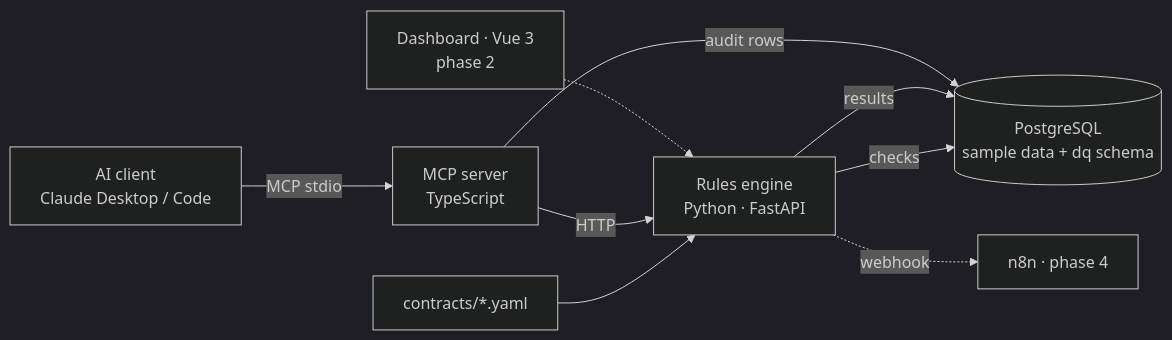
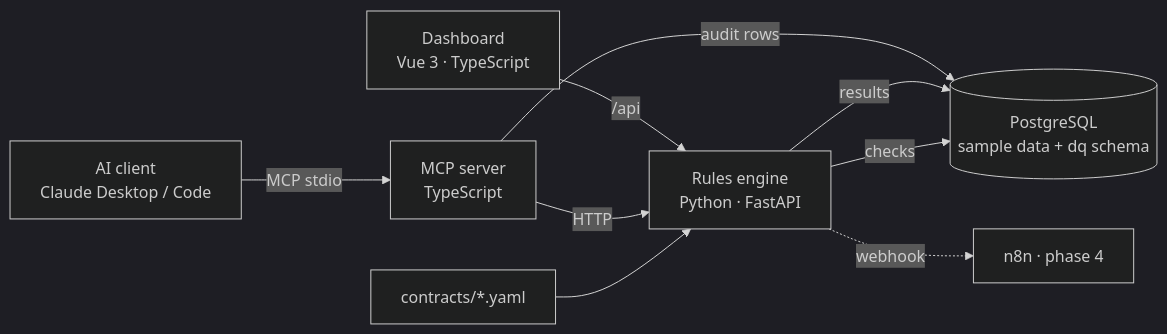
Before and after one commit to najeemmd111-cpu/dataguard: the diagram in README.md, drawn with Mermaid (dark theme). The commit also changed other lines of this file and 2 other files, not shown here.

````diff
--- a/README.md
+++ b/README.md
@@ -5,11 +7,11 @@
 ```mermaid
 flowchart LR
   C[contracts/*.yaml] --> E[Rules engine<br/>Python · FastAPI]
   E -- checks --> PG[(PostgreSQL<br/>sample data + dq schema)]
   E -- results --> PG
   M[MCP server<br/>TypeScript] -- HTTP --> E
   M -- audit rows --> PG
   A[AI client<br/>Claude Desktop / Code] -- MCP stdio --> M
-  D[Dashboard · Vue 3<br/>phase 2] -.-> E
+  D[Dashboard<br/>Vue 3 · TypeScript] -- /api --> E
   E -. webhook .-> N[n8n · phase 4]
 ```
````
